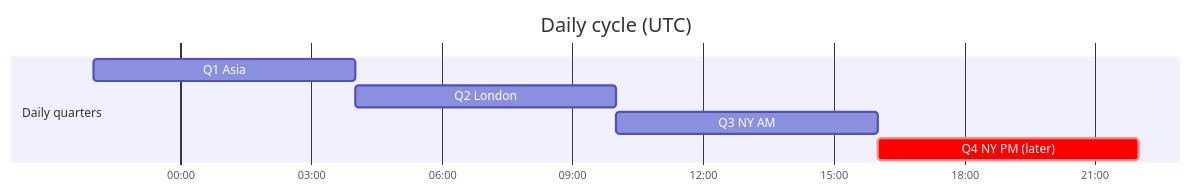
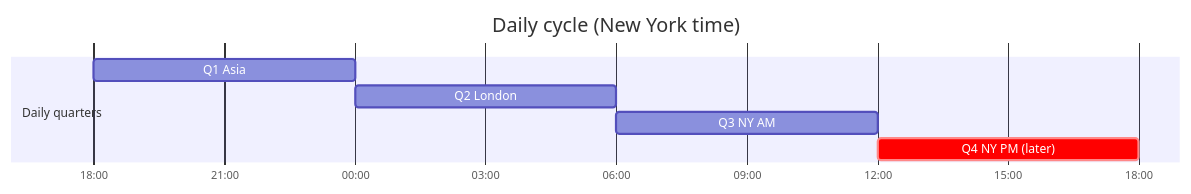
One commit to parvanescu/ict-backtest-engine changed the first of 3 diagrams in documents/implementation_strategy/02_time_model.md. Above: the diagram before and after it, drawn with Mermaid. The commit also changed other lines of this file and 551 other files, not shown here.

````diff
--- a/documents/implementation_strategy/02_time_model.md
+++ b/documents/implementation_strategy/02_time_model.md
@@ -26,11 +31,11 @@
 ```mermaid
 gantt
-    title Daily cycle (UTC)
+    title Daily cycle (New York time)
     dateFormat HH:mm
     axisFormat %H:%M
     section Daily quarters
-    Q1 Asia       :a1, 22:00, 6h
+    Q1 Asia       :a1, 18:00, 6h
     Q2 London     :a2, after a1, 6h
     Q3 NY AM      :a3, after a2, 6h
     Q4 NY PM (later) :crit, a4, after a3, 6h
 ```
````
